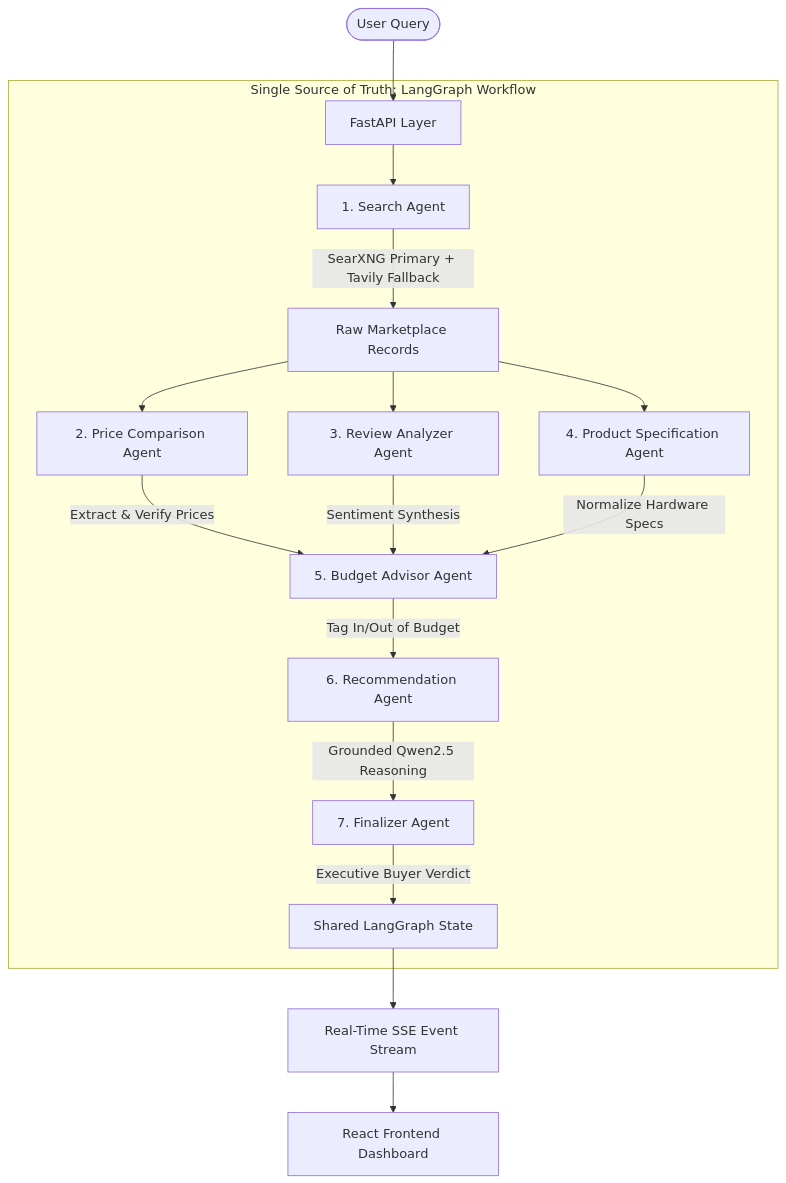
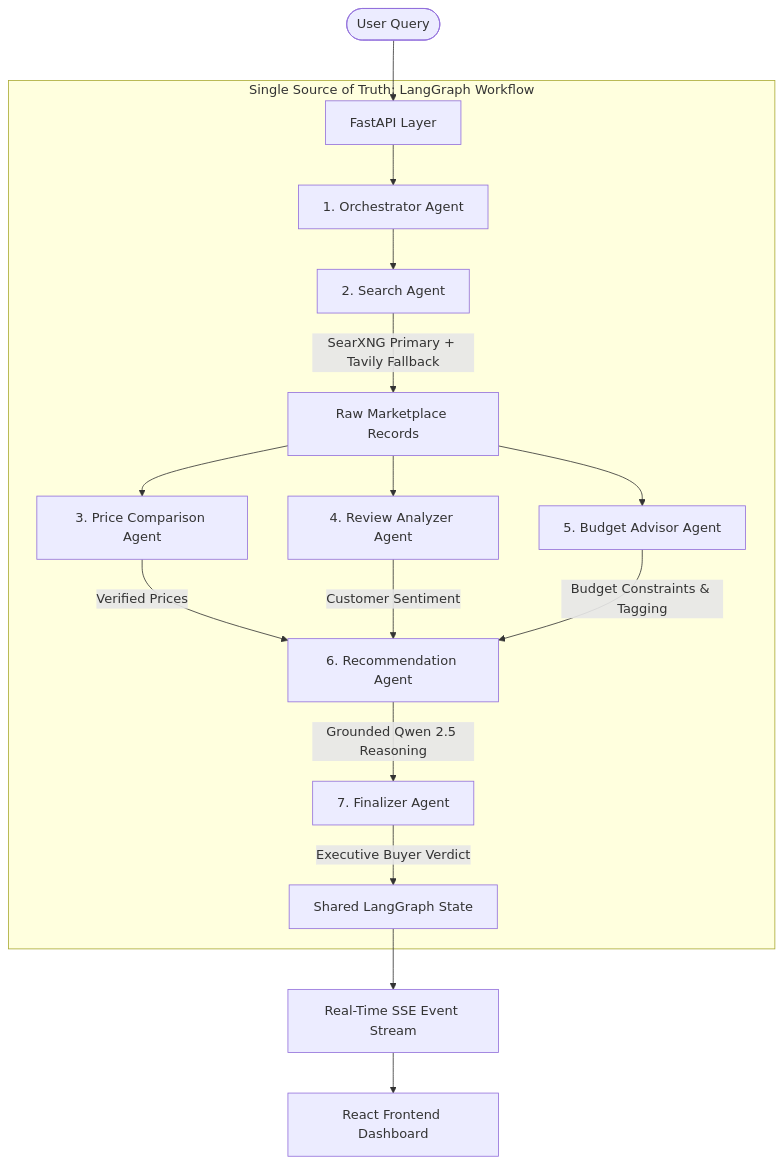
One commit to PanthilPatel/SEAMAS-COPY-for-verification changed the diagram in README.md. Above: the diagram before and after it, drawn with Mermaid. The commit also changed other lines of this file and 19 other files, not shown here.

Commit message:
feat(phase-1): align architecture, parallelism, price verification and persistence with report claims

````diff
--- a/README.md
+++ b/README.md
@@ -11,24 +11,24 @@
 ```mermaid
 graph TD
     User([User Query]) --> API[FastAPI Layer]
     
     subgraph Single Source of Truth: LangGraph Workflow
-        API --> SearchAgent[1. Search Agent]
+        API --> Orchestrator[1. Orchestrator Agent]
+        Orchestrator --> SearchAgent[2. Search Agent]
         SearchAgent --> |SearXNG Primary + Tavily Fallback| RawData[Raw Marketplace Records]
         
-        RawData --> PriceAgent[2. Price Comparison Agent]
-        RawData --> ReviewAgent[3. Review Analyzer Agent]
-        RawData --> SpecAgent[4. Product Specification Agent]
+        RawData --> PriceAgent[3. Price Comparison Agent]
+        RawData --> ReviewAgent[4. Review Analyzer Agent]
+        RawData --> BudgetAgent[5. Budget Advisor Agent]
         
-        PriceAgent --> |Extract & Verify Prices| BudgetAgent[5. Budget Advisor Agent]
-        ReviewAgent --> |Sentiment Synthesis| BudgetAgent
-        SpecAgent --> |Normalize Hardware Specs| BudgetAgent
+        PriceAgent --> |Verified Prices| RecAgent[6. Recommendation Agent]
+        ReviewAgent --> |Customer Sentiment| RecAgent
+        BudgetAgent --> |Budget Constraints & Tagging| RecAgent
         
-        BudgetAgent --> |Tag In/Out of Budget| RecAgent[6. Recommendation Agent]
-        RecAgent --> |Grounded Qwen2.5 Reasoning| FinalizerAgent[7. Finalizer Agent]
+        RecAgent --> |Grounded Qwen 2.5 Reasoning| FinalizerAgent[7. Finalizer Agent]
         FinalizerAgent --> |Executive Buyer Verdict| ResultState[Shared LangGraph State]
     end
     
     ResultState --> SSE[Real-Time SSE Event Stream]
     SSE --> UI[React Frontend Dashboard]
 ```
````
